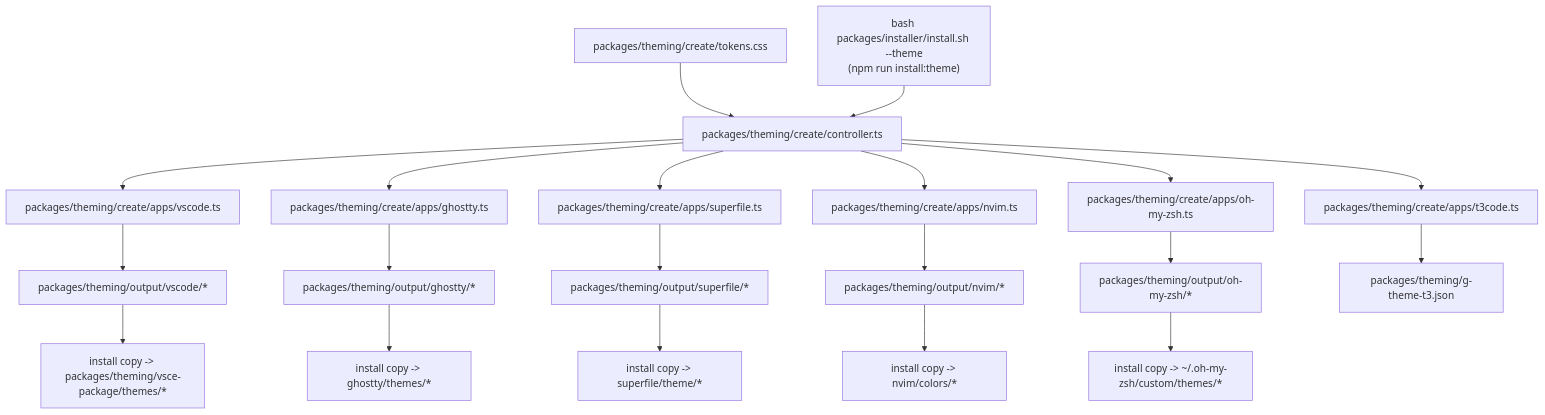
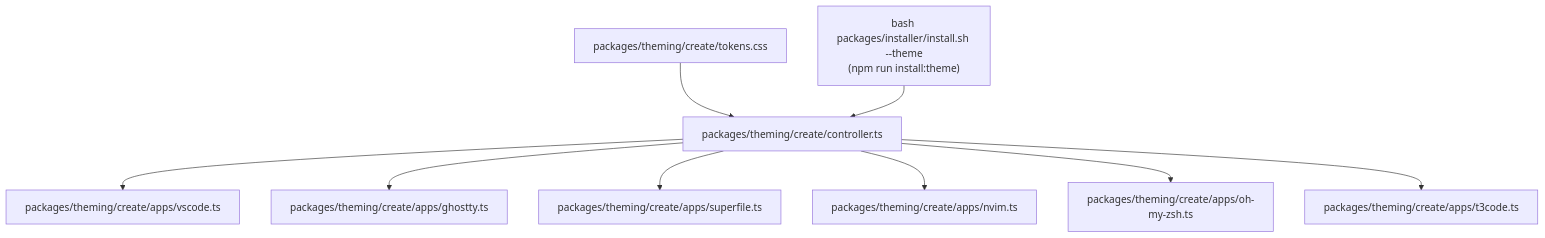
The diagram in packages/theming/create/README.md (g-moe/.dotfiles), drawn with Mermaid before and after one commit. The commit also changed 5 other files, not shown here.

````diff
--- a/packages/theming/create/README.md
+++ b/packages/theming/create/README.md
@@ -3,25 +3,12 @@
 ```mermaid
 flowchart TD
   A["packages/theming/create/tokens.css"] --> B["packages/theming/create/controller.ts"]
   B --> C["packages/theming/create/apps/vscode.ts"]
   B --> E["packages/theming/create/apps/ghostty.ts"]
   B --> F["packages/theming/create/apps/superfile.ts"]
   B --> G["packages/theming/create/apps/nvim.ts"]
   B --> H["packages/theming/create/apps/oh-my-zsh.ts"]
   B --> V["packages/theming/create/apps/t3code.ts"]
 
-  C --> I["packages/theming/output/vscode/*"]
-  E --> K["packages/theming/output/ghostty/*"]
-  F --> L["packages/theming/output/superfile/*"]
-  G --> M["packages/theming/output/nvim/*"]
-  H --> N["packages/theming/output/oh-my-zsh/*"]
-  V --> W["packages/theming/g-theme-t3.json"]
-
-  I --> O["install copy -> packages/theming/vsce-package/themes/*"]
-  K --> Q["install copy -> ghostty/themes/*"]
-  L --> R["install copy -> superfile/theme/*"]
-  M --> S["install copy -> nvim/colors/*"]
-  N --> T["install copy -> ~/.oh-my-zsh/custom/themes/*"]
-
   U["bash packages/installer/install.sh --theme\n(npm run install:theme)"] --> B
 ```
````
